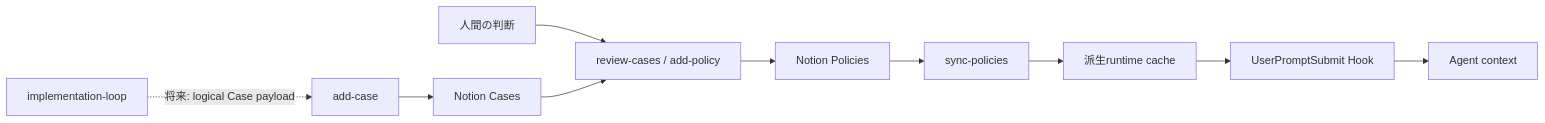
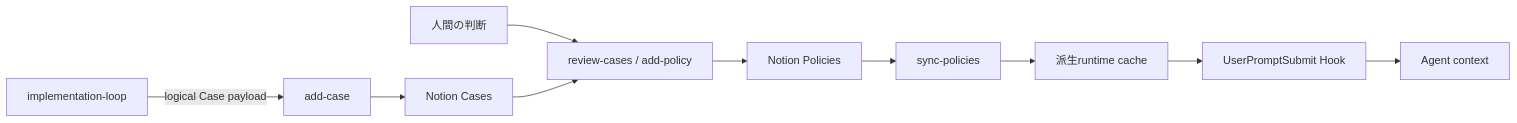
Before and after one commit to hnishim/harness: the third of 3 diagrams in agent-development-workflow.md, drawn with Mermaid. The commit also changed other lines of this file and 9 other files, not shown here.

````diff
--- a/agent-development-workflow.md
+++ b/agent-development-workflow.md
@@ -419,12 +419,12 @@
 ```mermaid
 flowchart LR
-    WF[implementation-loop] -.->|将来: logical Case payload| AC[add-case]
+    WF[implementation-loop] -->|logical Case payload| AC[add-case]
     AC --> C[Notion Cases]
     H[人間の判断] --> RC[review-cases / add-policy]
     C --> RC
     RC --> P[Notion Policies]
     P --> SY[sync-policies]
     SY --> CA[派生runtime cache]
     CA --> HK[UserPromptSubmit Hook]
     HK --> CX[Agent context]
 ```
````
